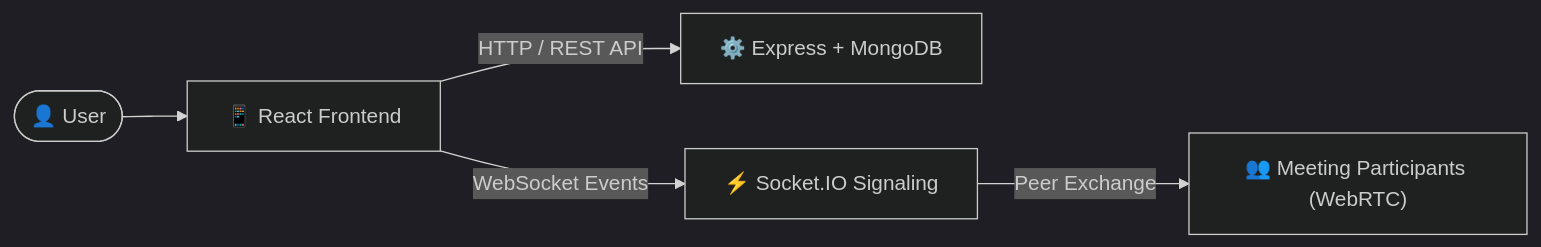
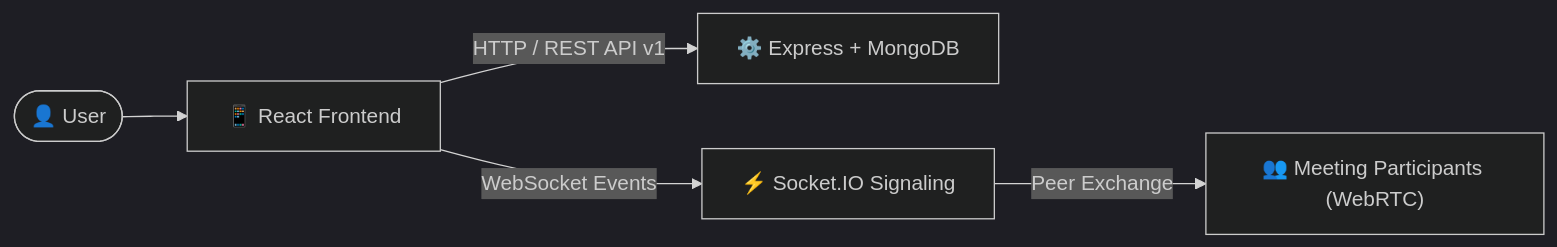
Before and after one commit to Sekhar01807/Novacall: the second of 6 diagrams in README.md, drawn with Mermaid (dark theme). The commit also changed other lines of this file and 34 other files, not shown here.

````diff
--- a/README.md
+++ b/README.md
@@ -119,7 +123,7 @@
 ```mermaid
 flowchart LR
     User([👤 User]) --> App[📱 React Frontend]
-    App -->|"HTTP / REST API"| Backend["⚙️ Express + MongoDB"]
+    App -->|"HTTP / REST API v1"| Backend["⚙️ Express + MongoDB"]
     App -->|"WebSocket Events"| Signaling["⚡ Socket.IO Signaling"]
     Signaling -->|"Peer Exchange"| Peers["👥 Meeting Participants (WebRTC)"]
 ```
````
